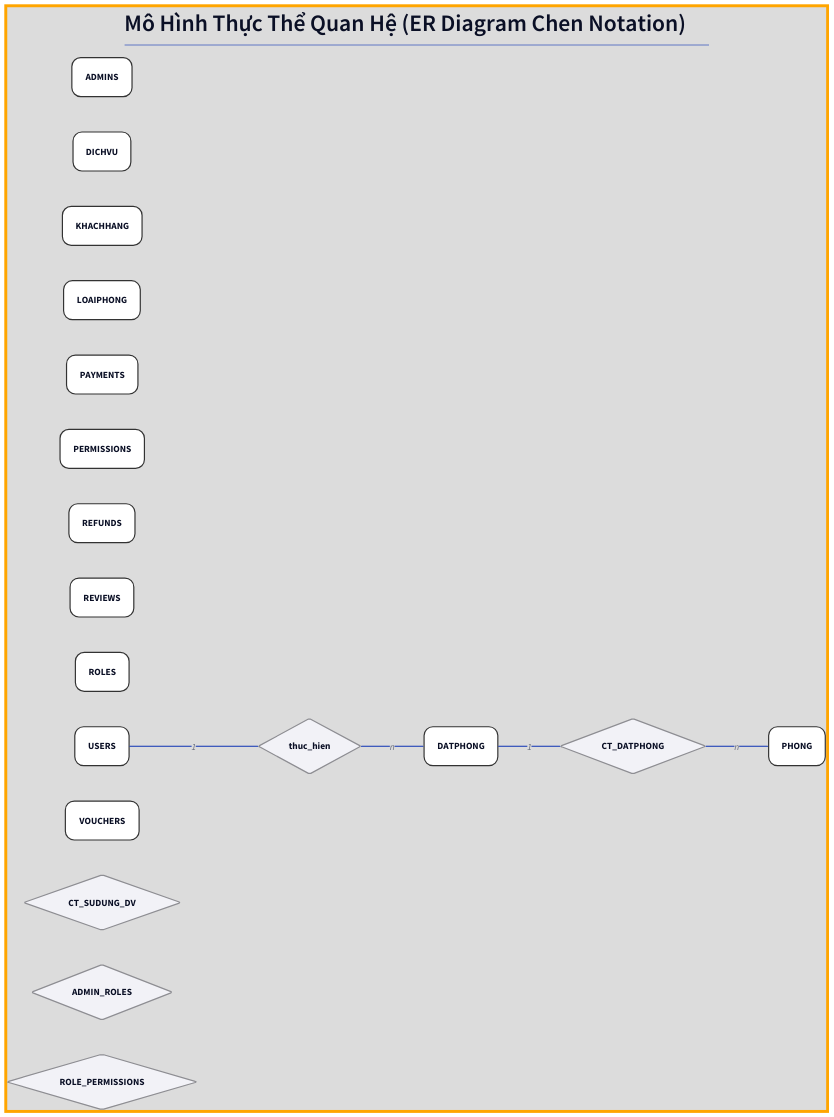
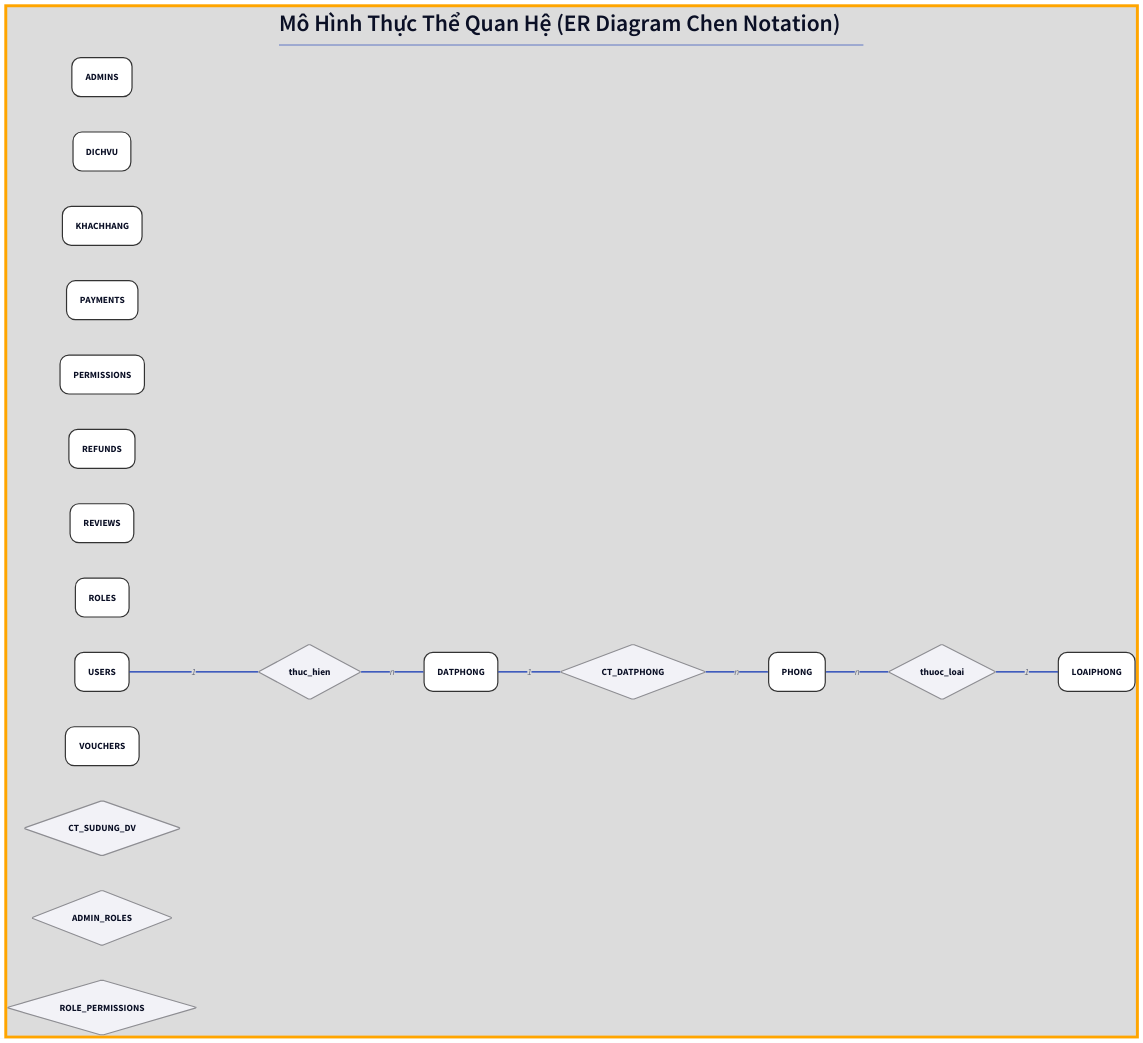
The diagram in report/content/diagrams/er.d2 (sam-uit/ie103-project-report), drawn with D2 before and after one commit.

```diff
--- a/report/content/diagrams/er.d2
+++ b/report/content/diagrams/er.d2
@@ -89,12 +89,16 @@
 ADMIN_ROLES: {class: rel}
 ROLE_PERMISSIONS: {class: rel}
 thuc_hien: {class: rel}
+thuoc_loai: {class: rel}
 
 USERS -- thuc_hien: 1
 thuc_hien -- DATPHONG: n
 
 DATPHONG -- CT_DATPHONG: 1
 CT_DATPHONG -- PHONG: n
+
+PHONG -- thuoc_loai: n
+thuoc_loai -- LOAIPHONG: 1
 
 # === AUTH SYSTEM ===
 # admins: {class: entity}
```
